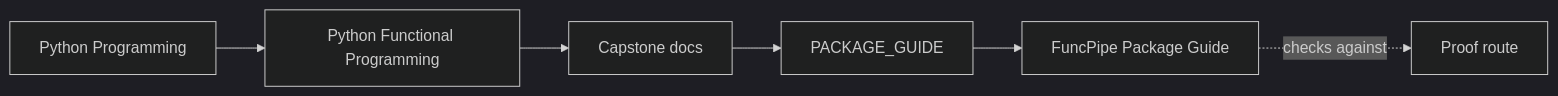
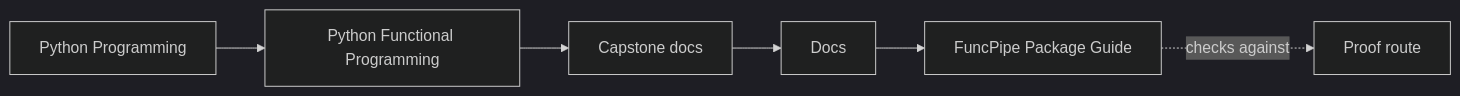
One commit to bijux/bijux-masterclass changed the first of 2 diagrams in programs/python-programming/python-functional-programming/capstone/docs/package-guide.md. Above: the diagram before and after it, drawn with Mermaid (dark theme). The commit also changed other lines of this file and 108 other files, not shown here.

````diff
--- a/programs/python-programming/python-functional-programming/capstone/docs/package-guide.md
+++ b/programs/python-programming/python-functional-programming/capstone/docs/package-guide.md
@@ -7,12 +7,12 @@
 ```mermaid
 graph LR
   family["Python Programming"]
   program["Python Functional Programming"]
   guide["Capstone docs"]
-  section["PACKAGE_GUIDE"]
+  section["Docs"]
   page["FuncPipe Package Guide"]
   proof["Proof route"]
 
   family --> program --> guide --> section --> page
   page -.checks against.-> proof
 ```
````
